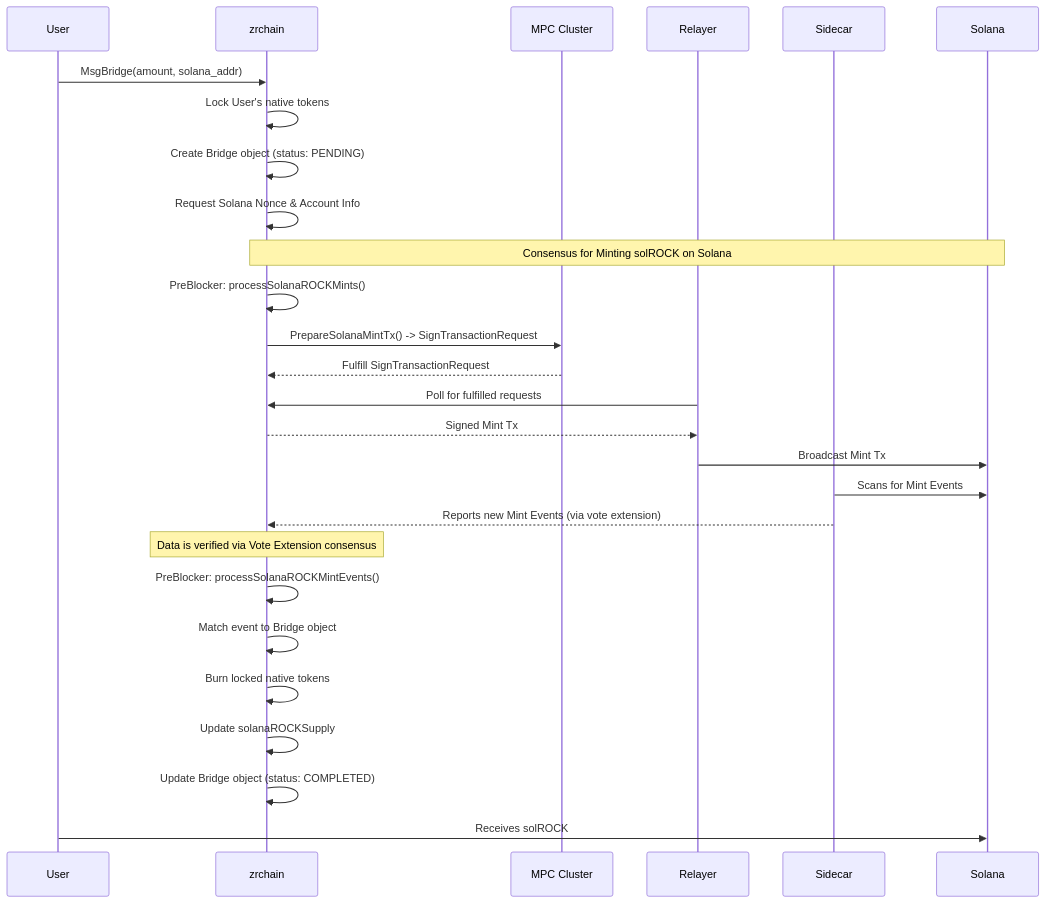
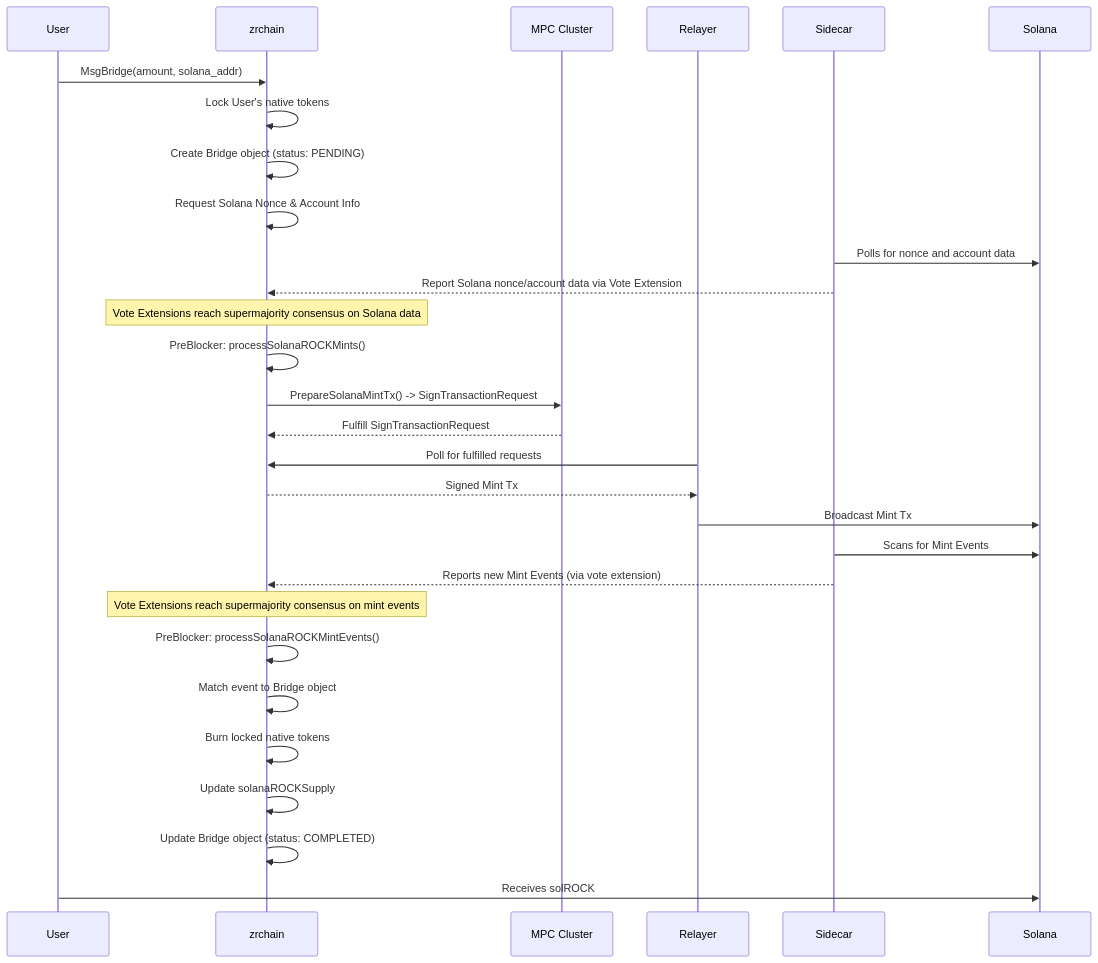
Before and after one commit to zenrocklabs/zrchain: the third of 4 diagrams in docs/README.md, drawn with Mermaid. The commit also changed other lines of this file, not shown here.

````diff
--- a/docs/README.md
+++ b/docs/README.md
@@ -171,32 +218,34 @@
 ```mermaid
 sequenceDiagram
     participant User
     participant zrchain
     participant MPC Cluster
     participant Relayer
     participant Sidecar
     participant Solana
 
     User->>zrchain: MsgBridge(amount, solana_addr)
     zrchain->>zrchain: Lock User's native tokens
     zrchain->>zrchain: Create Bridge object (status: PENDING)
     zrchain->>zrchain: Request Solana Nonce & Account Info
 
-    Note over zrchain,Solana: Consensus for Minting solROCK on Solana
+    Sidecar->>Solana: Polls for nonce and account data
+    Sidecar-->>zrchain: Report Solana nonce/account data via Vote Extension
+    Note over zrchain: Vote Extensions reach supermajority consensus on Solana data
     zrchain->>zrchain: PreBlocker: processSolanaROCKMints()
     zrchain->>MPC Cluster: PrepareSolanaMintTx() -> SignTransactionRequest
     MPC Cluster-->>zrchain: Fulfill SignTransactionRequest
     Relayer->>zrchain: Poll for fulfilled requests
     zrchain-->>Relayer: Signed Mint Tx
     Relayer->>Solana: Broadcast Mint Tx
 
     Sidecar->>Solana: Scans for Mint Events
     Sidecar-->>zrchain: Reports new Mint Events (via vote extension)
-    Note over zrchain: Data is verified via Vote Extension consensus
+    Note over zrchain: Vote Extensions reach supermajority consensus on mint events
     zrchain->>zrchain: PreBlocker: processSolanaROCKMintEvents()
     zrchain->>zrchain: Match event to Bridge object
     zrchain->>zrchain: Burn locked native tokens
     zrchain->>zrchain: Update solanaROCKSupply
     zrchain->>zrchain: Update Bridge object (status: COMPLETED)
     User->>Solana: Receives solROCK
 ```
````
